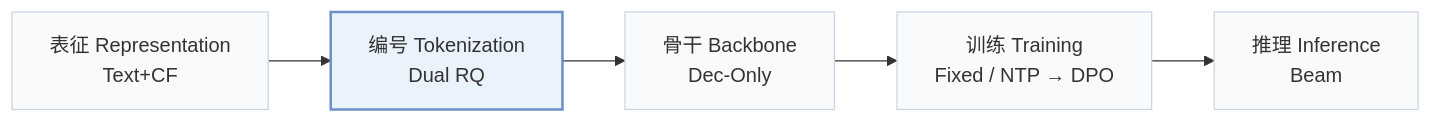
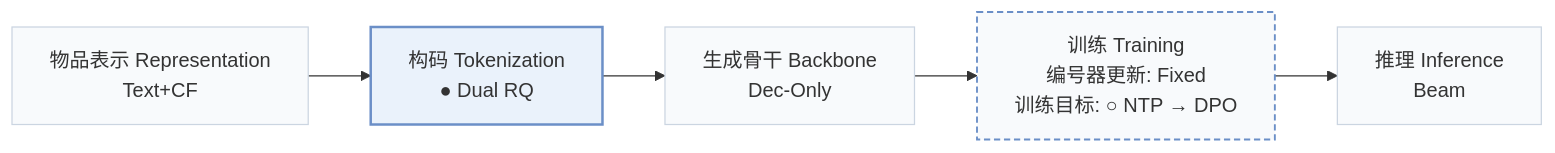
The first of 3 diagrams in pages/zh/papers/align3gr.md (Galaxy-ghost/Awesome-SID-Generative-Rec), drawn with Mermaid before and after one commit. The commit also changed other lines of this file and 558 other files, not shown here.

````diff
--- a/pages/zh/papers/align3gr.md
+++ b/pages/zh/papers/align3gr.md
@@ -15,8 +18,10 @@
 ```mermaid
 flowchart LR
-    R["表征 Representation<br/>Text+CF"] --> T["编号 Tokenization<br/>Dual RQ"] --> B["骨干 Backbone<br/>Dec-Only"] --> TR["训练 Training<br/>Fixed / NTP → DPO"] --> I["推理 Inference<br/>Beam"]
+    R["物品表示 Representation<br/>Text+CF"] --> T["构码 Tokenization<br/>● Dual RQ"] --> B["生成骨干 Backbone<br/>Dec-Only"] --> TR["训练 Training<br/>编号器更新: Fixed<br/>训练目标: ○ NTP → DPO"] --> I["推理 Inference<br/>Beam"]
     classDef base fill:#f8fafc,stroke:#cbd5e1
     class R,T,B,TR,I base
+    classDef other fill:#f8fafc,stroke:#6b8fc7,stroke-width:1.5px,stroke-dasharray:5 3
+    class TR other
     classDef main fill:#eaf2fb,stroke:#6b8fc7,stroke-width:2px
     class T main
 ```
````
